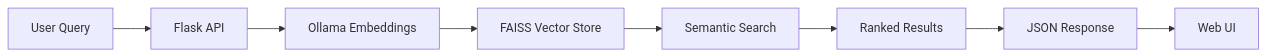
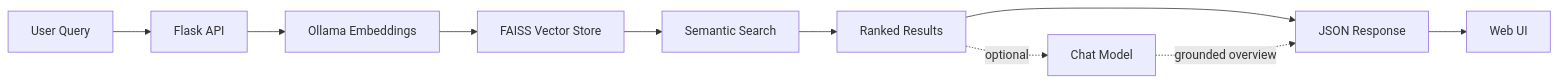
One commit to vatsalp2008/AI-Agent-Discovery changed the diagram in README.md. Above: the diagram before and after it, drawn with Mermaid. The commit also changed other lines of this file and 2 other files, not shown here.

````diff
--- a/README.md
+++ b/README.md
@@ -289,10 +319,12 @@
 ```mermaid
 graph LR
     A[User Query] --> B[Flask API]
     B --> C[Ollama Embeddings]
     C --> D[FAISS Vector Store]
     D --> E[Semantic Search]
     E --> F[Ranked Results]
     F --> G[JSON Response]
     G --> H[Web UI]
+    F -. optional .-> I[Chat Model]
+    I -. grounded overview .-> G
 ```
````
